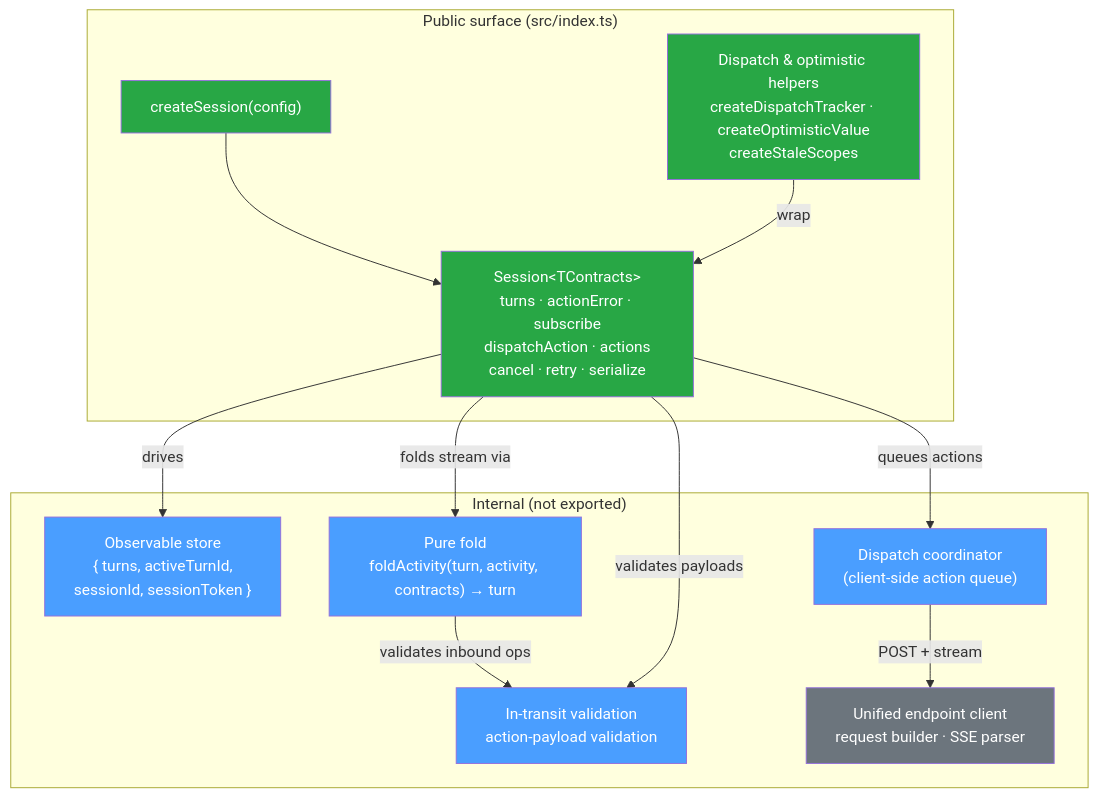
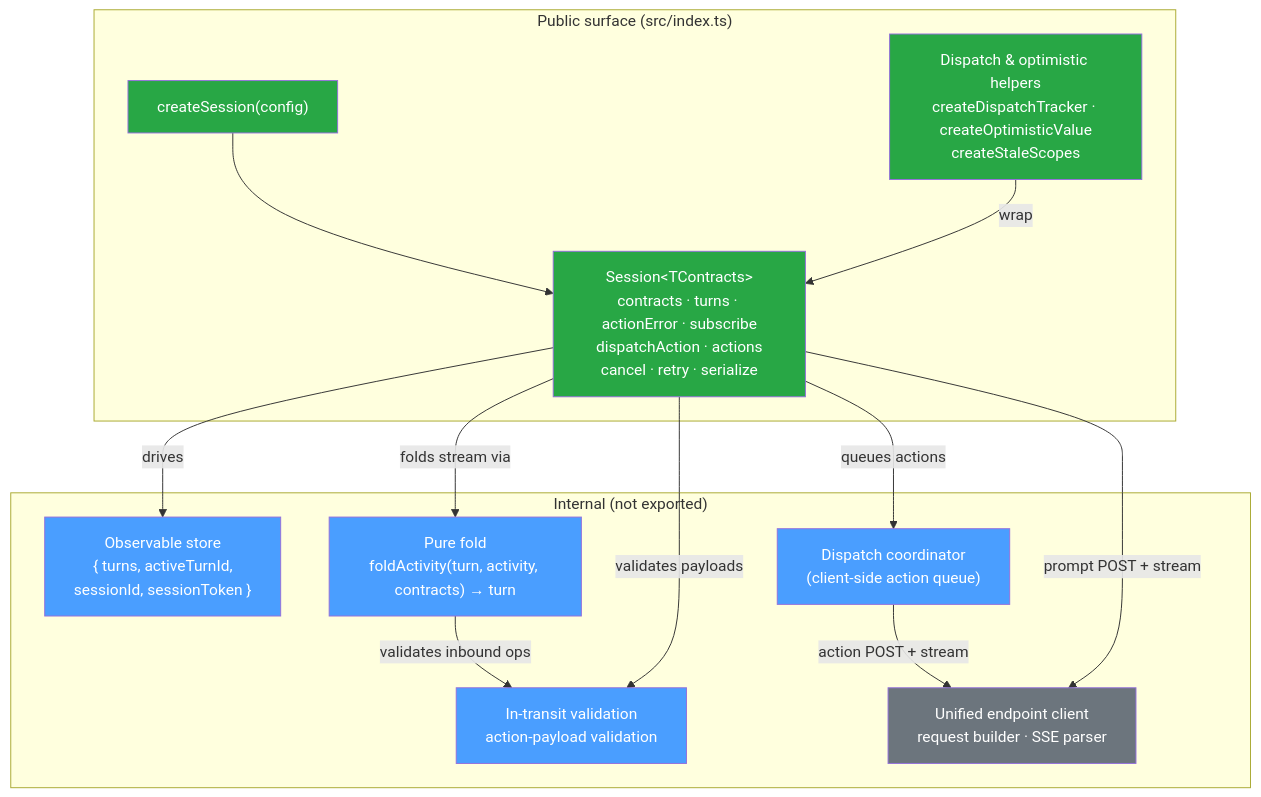
Before and after one commit to coveo/ui-kit: the first of 2 diagrams in packages/thermidor/docs/architecture.md, drawn with Mermaid. The commit also changed other lines of this file and 2 other files, not shown here.

````diff
--- a/packages/thermidor/docs/architecture.md
+++ b/packages/thermidor/docs/architecture.md
@@ -17,34 +17,35 @@
 ```mermaid
 graph TB
     subgraph "Public surface (src/index.ts)"
         CS["createSession(config)"]
-        SESSION["Session&lt;TContracts&gt;<br/>turns · actionError · subscribe<br/>dispatchAction · actions<br/>cancel · retry · serialize"]
+        SESSION["Session&lt;TContracts&gt;<br/>contracts · turns · actionError · subscribe<br/>dispatchAction · actions<br/>cancel · retry · serialize"]
         HELPERS["Dispatch &amp; optimistic helpers<br/>createDispatchTracker · createOptimisticValue<br/>createStaleScopes"]
     end
 
     subgraph "Internal (not exported)"
         STORE["Observable store<br/>{ turns, activeTurnId,<br/>sessionId, sessionToken }"]
         FOLD["Pure fold<br/>foldActivity(turn, activity, contracts) → turn"]
         VALID["In-transit validation<br/>action-payload validation"]
         QUEUE["Dispatch coordinator<br/>(client-side action queue)"]
         API["Unified endpoint client<br/>request builder · SSE parser"]
     end
 
     CS --> SESSION
     SESSION -->|drives| STORE
     SESSION -->|folds stream via| FOLD
     FOLD -->|validates inbound ops| VALID
     SESSION -->|validates payloads| VALID
     SESSION -->|queues actions| QUEUE
-    QUEUE -->|POST + stream| API
+    QUEUE -->|action POST + stream| API
+    SESSION -->|prompt POST + stream| API
     HELPERS -->|wrap| SESSION
 
     style CS fill:#28a745,color:#fff
     style SESSION fill:#28a745,color:#fff
     style HELPERS fill:#28a745,color:#fff
     style STORE fill:#4a9eff,color:#fff
     style FOLD fill:#4a9eff,color:#fff
     style VALID fill:#4a9eff,color:#fff
     style QUEUE fill:#4a9eff,color:#fff
     style API fill:#6c757d,color:#fff
 ```
````
